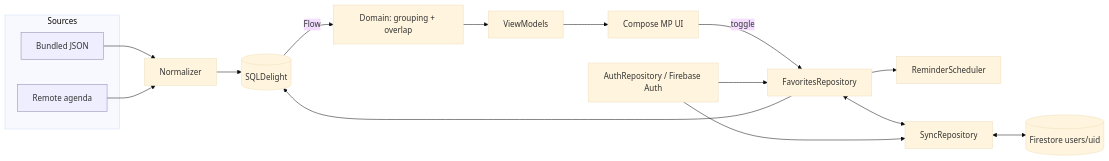
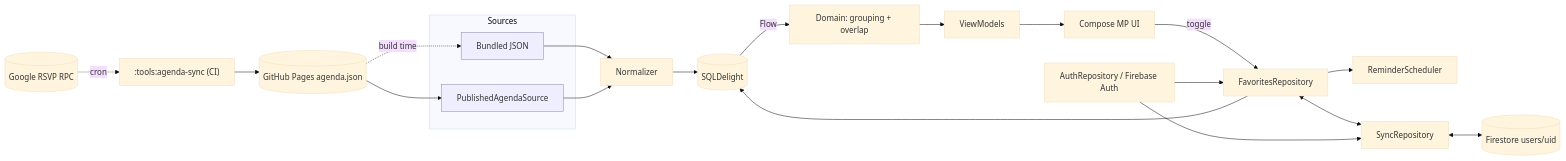
Before and after one commit to cybo42/ads-cal: the first of 2 diagrams in docs/PRD.md, drawn with Mermaid (base theme). The commit also changed other lines of this file and 2 other files, not shown here.

First line of the commit message:
Resolve agenda source spike: CI-owned ingestion pipeline

````diff
--- a/docs/PRD.md
+++ b/docs/PRD.md
@@ -284,21 +309,25 @@
 ```mermaid
 flowchart LR
+  G[(Google RSVP RPC)] -.->|cron| T[":tools:agenda-sync (CI)"]
+  T --> P[(GitHub Pages agenda.json)]
   subgraph Sources
     B[Bundled JSON]:::src
-    R[Remote agenda]:::src
+    R[PublishedAgendaSource]:::src
   end
+  P --> R
+  P -.->|build time| B
   B --> N[Normalizer]
   R --> N
   N --> DB[(SQLDelight)]
   DB -->|Flow| D[Domain: grouping + overlap]
   F[FavoritesRepository] --> DB
   D --> VM[ViewModels]
   VM --> UI[Compose MP UI]
   UI -->|toggle| F
   F --> RS[ReminderScheduler]
   F <--> S[SyncRepository]
   S <--> FS[(Firestore users/uid)]
   A[AuthRepository / Firebase Auth] --> F
   A --> S
   classDef src fill:#eef,stroke:#88a;
 ```
````
